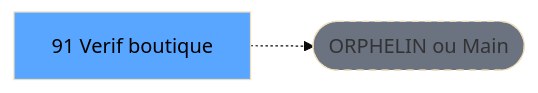
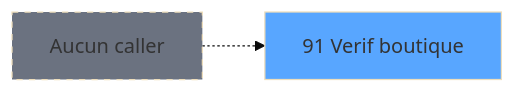
Before and after one commit to thonyAGP/lecteur-magic: the second of 3 diagrams in .openspec/specs/ADH-IDE-91.md, drawn with Mermaid (base theme). The commit also changed other lines of this file and 96 other files, not shown here.

````diff
--- a/.openspec/specs/ADH-IDE-91.md
+++ b/.openspec/specs/ADH-IDE-91.md
@@ -117,8 +174,8 @@
 ```mermaid
 graph LR
-    T[91 Verif boutique]
-    ORPHAN([ORPHELIN ou Main])
-    T -.-> ORPHAN
-    style T fill:#58a6ff,color:#000
-    style ORPHAN fill:#6b7280,stroke-dasharray: 5 5
+    T91[91 Verif boutique]
+    style T91 fill:#58a6ff
+    NONE[Aucun caller]
+    NONE -.-> T91
+    style NONE fill:#6b7280,stroke-dasharray: 5 5
 ```
````
